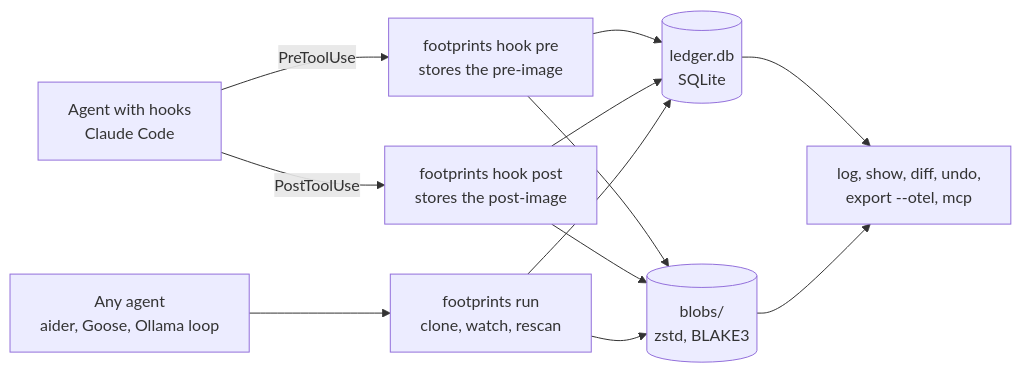
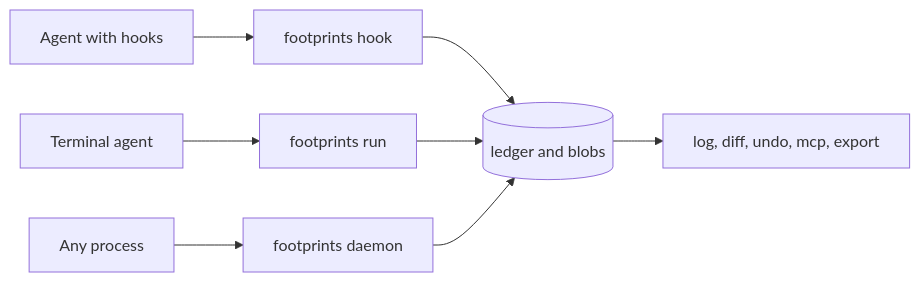
The diagram in README.md (zaccesss/footprints), drawn with Mermaid before and after one commit. The commit also changed other lines of this file and 93 other files, not shown here.

````diff
--- a/README.md
+++ b/README.md
@@ -73,14 +35,10 @@
 ```mermaid
 flowchart LR
-    A[Agent with hooks<br/>Claude Code] -- PreToolUse --> P[footprints hook pre<br/>stores the pre-image]
-    A -- PostToolUse --> Q[footprints hook post<br/>stores the post-image]
-    B[Any agent<br/>aider, Goose, Ollama loop] --> R[footprints run<br/>clone, watch, rescan]
-    P --> L[(ledger.db<br/>SQLite)]
-    Q --> L
+    A[Agent with hooks] --> H[footprints hook]
+    B[Terminal agent] --> R[footprints run]
+    D[Any process] --> E[footprints daemon]
+    H --> L[(ledger and blobs)]
     R --> L
-    P --> S[(blobs/<br/>zstd, BLAKE3)]
-    Q --> S
-    R --> S
-    L --> C[log, show, diff, undo,<br/>export --otel, mcp]
-    S --> C
+    E --> L
+    L --> C[log, diff, undo, mcp, export]
 ```
````
